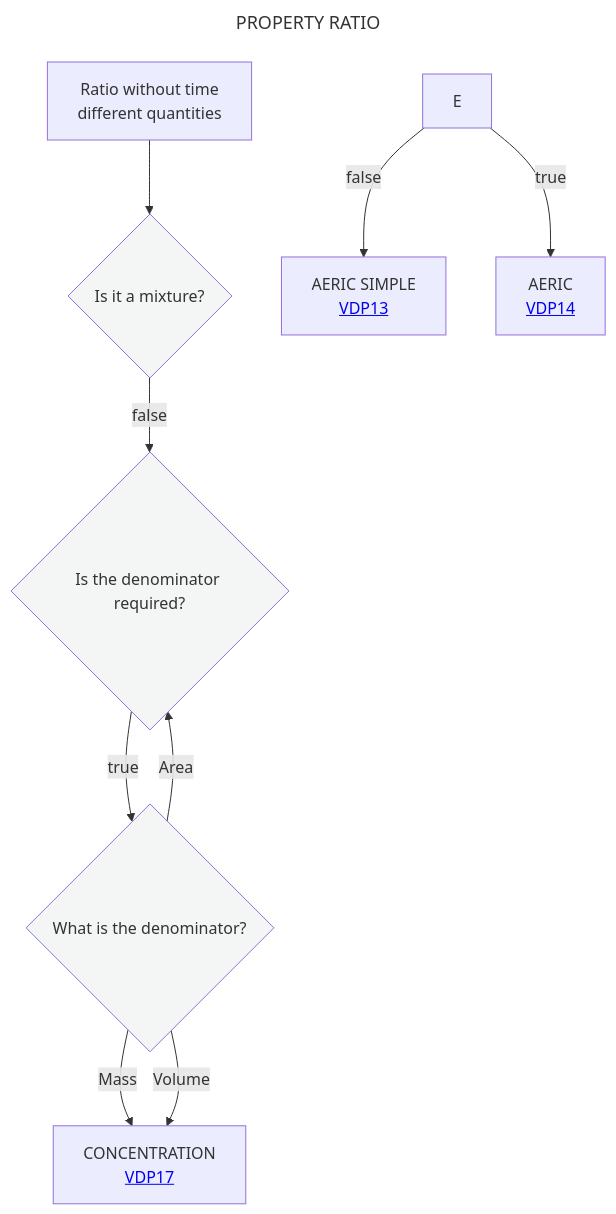
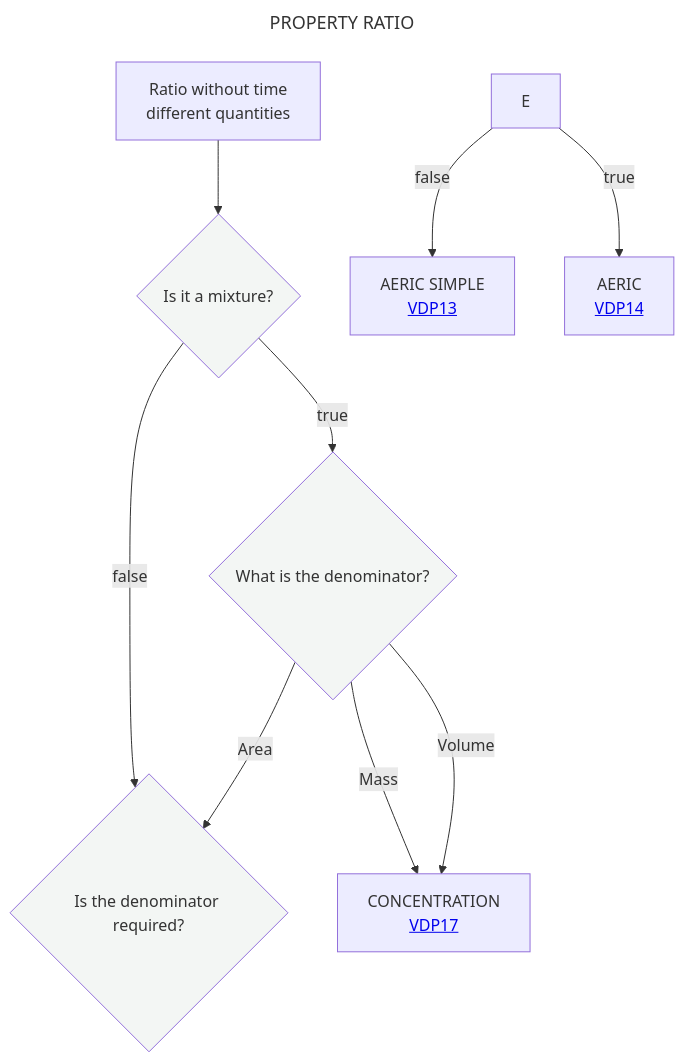
Before and after one commit to mabablue/I-ADOPT-patterns-playground: the diagram in Decisition_trees/DT4.mmd, drawn with Mermaid.

```diff
--- a/Decisition_trees/DT4.mmd
+++ b/Decisition_trees/DT4.mmd
@@ -1,16 +1,16 @@
 ---
 title: PROPERTY RATIO
 ---
 flowchart TD
     A[Ratio without time <br> different quantities] --> B{Is it a mixture?}:::white
     B --> |false|C[<a href='https://github.com/mabablue/I-ADOPT-patterns-playground/blob/main/pattern/VDP20.yaml'>VDP20</a>]
-    C --> |true|D{What is the denominator?}:::white
+    B --> |true|D{What is the denominator?}:::white
     D -- Mass --> T[CONCENTRATION <br> <a href='https://github.com/mabablue/I-ADOPT-patterns-playground/blob/main/pattern/VDP17.yaml'>VDP17</a>]
     D -- Volume --> T
     D -- Area --> C{Is the denominator required?}:::white 
     E --> |false|V[AERIC SIMPLE <br> <a href='https://github.com/mabablue/I-ADOPT-patterns-playground/blob/main/pattern/VDP13.yaml'>VDP13</a>]
     E --> |true|X[AERIC <br> <a href='https://github.com/mabablue/I-ADOPT-patterns-playground/blob/main/pattern/VDP14.yaml'>VDP14</a>]
    classDef blue fill:#90D5FF
    classDef satblue fill:#57B9FF 
    classDef white fill:#f3f6f4
    classDef green fill:#6aa84f
```
